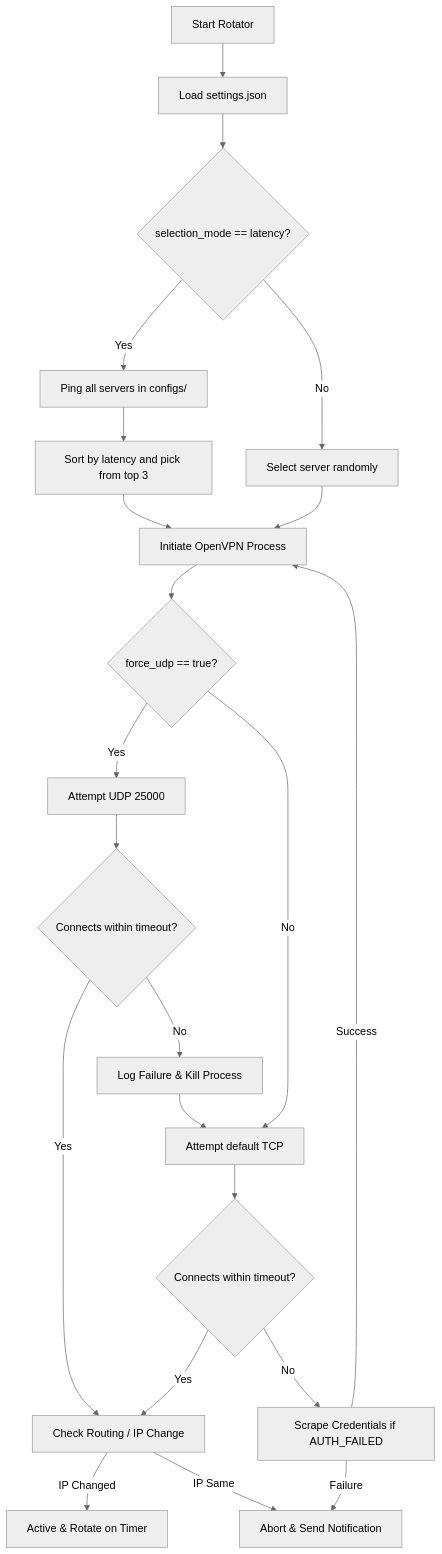
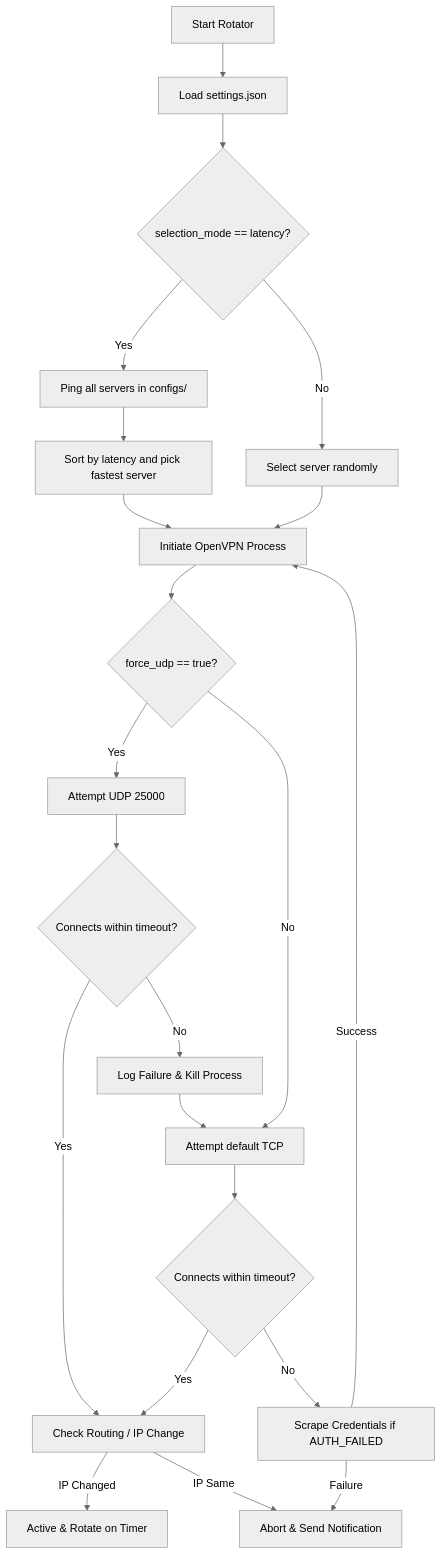
One commit to Cherkaoui7/vpn_local changed the diagram in README.md. Above: the diagram before and after it, drawn with Mermaid (neutral theme). The commit also changed other lines of this file and 3 other files, not shown here.

````diff
--- a/README.md
+++ b/README.md
@@ -53,24 +53,24 @@
 ```mermaid
 graph TD
     A[Start Rotator] --> B[Load settings.json]
     B --> C{selection_mode == latency?}
     C -->|Yes| D[Ping all servers in configs/]
     C -->|No| E[Select server randomly]
-    D --> F[Sort by latency and pick from top 3]
+    D --> F[Sort by latency and pick fastest server]
     E --> G[Initiate OpenVPN Process]
     F --> G
     G --> H{force_udp == true?}
     H -->|Yes| I[Attempt UDP 25000]
     H -->|No| J[Attempt default TCP]
     I --> K{Connects within timeout?}
     K -->|Yes| L[Check Routing / IP Change]
     K -->|No| M[Log Failure & Kill Process]
     M --> J
     J --> N{Connects within timeout?}
     N -->|Yes| L
     N -->|No| O[Scrape Credentials if AUTH_FAILED]
     O -->|Success| G
     O -->|Failure| P[Abort & Send Notification]
     L -->|IP Changed| Q[Active & Rotate on Timer]
     L -->|IP Same| P
 ```
````
